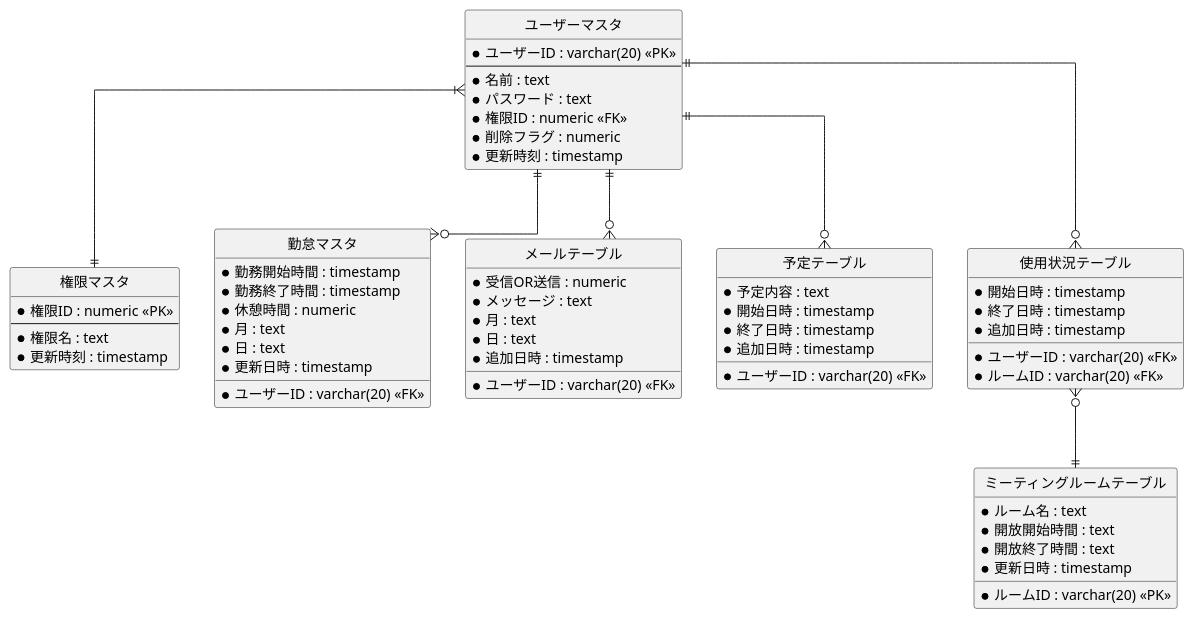
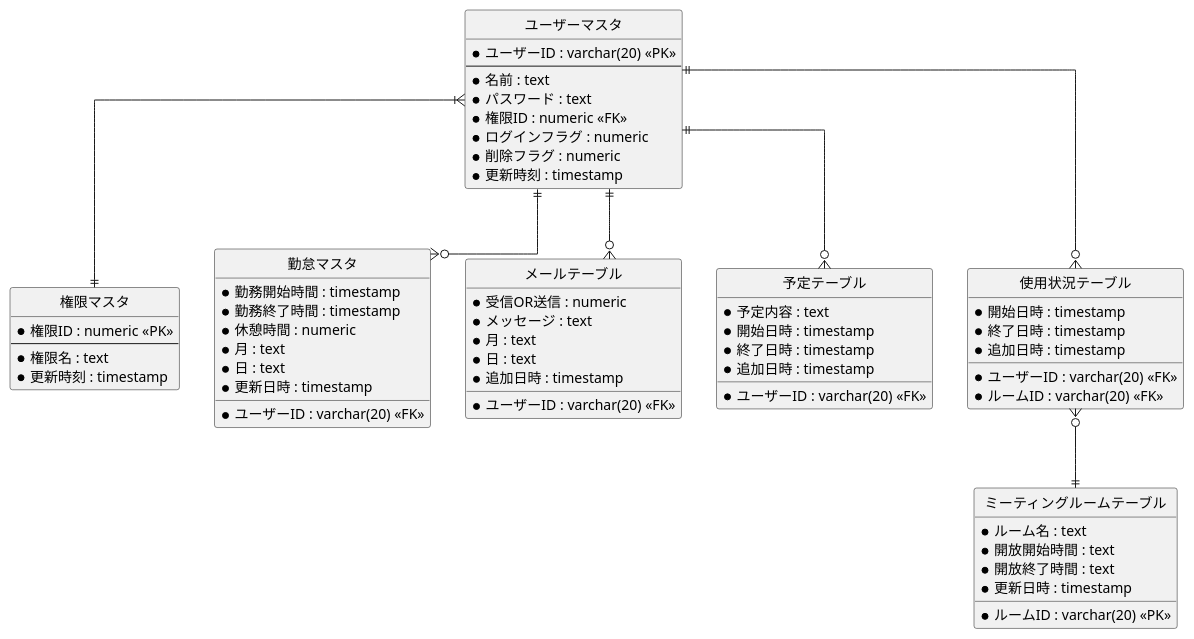
Before and after one commit to R-SAIKI/practiceUML: the diagram in ER図/ER図.pu, drawn with PlantUML. The commit also changed 20 other files, not shown here.

Commit message:
ログイン機能とログアウト機能のシーケンス図完成

```diff
--- a/ER図/ER図.pu
+++ b/ER図/ER図.pu
@@ -1,76 +1,77 @@
 @startuml
 
 ' hide the spot
 hide circle
 
 ' avoid problems with angled crows feet
 skinparam linetype ortho
 
 entity "ユーザーマスタ" as user {
   *ユーザーID : varchar(20) <<PK>>
   --
   *名前 : text
   *パスワード : text
   *権限ID : numeric <<FK>>
+  *ログインフラグ : numeric
   *削除フラグ : numeric
   *更新時刻 : timestamp
 }
 
 entity "権限マスタ" as auth {
   *権限ID : numeric <<PK>> 
   --
   *権限名 : text
   *更新時刻 : timestamp
 }
 
 entity "勤怠マスタ" as attend {
   *ユーザーID : varchar(20) <<FK>>
   *勤務開始時間 : timestamp
   *勤務終了時間 : timestamp 
   *休憩時間 : numeric
   *月 : text 
   *日 : text 
   *更新日時 : timestamp
 }
 
 entity "メールテーブル" as mail {
   *ユーザーID : varchar(20) <<FK>>
   *受信OR送信 : numeric
   *メッセージ : text
   *月 : text 
   *日 : text 
   *追加日時 : timestamp
 }
 
 entity "予定テーブル" as plan {
   *ユーザーID : varchar(20) <<FK>>
   *予定内容 : text
   *開始日時 : timestamp
   *終了日時 : timestamp 
   *追加日時 : timestamp
 }
 
 entity "ミーティングルームテーブル" as meeting {
   *ルームID : varchar(20) <<PK>>
   *ルーム名 : text 
   *開放開始時間 : text
   *開放終了時間 : text
   *更新日時 : timestamp
 }
 
 entity "使用状況テーブル" as use {
   *ユーザーID : varchar(20) <<FK>>
   *ルームID : varchar(20) <<FK>>
   *開始日時 : timestamp
   *終了日時 : timestamp 
   *追加日時 : timestamp
 }
 
 user }|--|| auth
 user ||--o{ attend
 user ||--o{ mail
 user ||--o{ plan
 user ||--o{ use
 use }o--|| meeting
 
 @enduml
```
